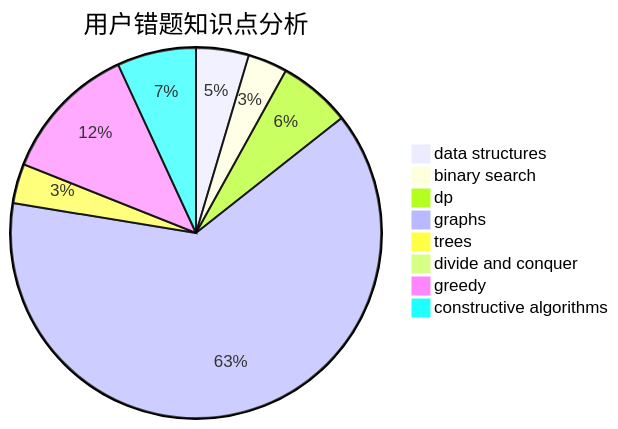
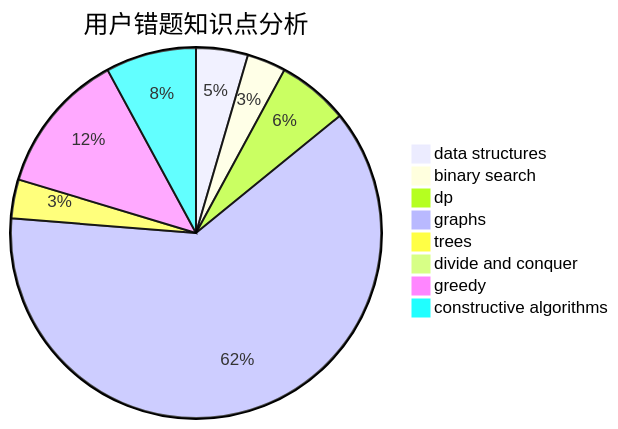
One commit to sherpahu/cfrs.github.io changed the third of 3 diagrams in docs/user/u560.md. Above: the diagram before and after it, drawn with Mermaid. The commit also changed other lines of this file and 2770 other files, not shown here.

````diff
--- a/docs/user/u560.md
+++ b/docs/user/u560.md
@@ -36,11 +36,11 @@
 ```mermaid
 pie title 用户错题知识点分析
     "data structures" :  8
     "binary search" :  6
     "dp" :  11
     "graphs" :  110
     "trees" :  6
     "divide and conquer" :  0
-    "greedy" :  21
-    "constructive algorithms" :  12
+    "greedy" :  22
+    "constructive algorithms" :  14
 ```
````
